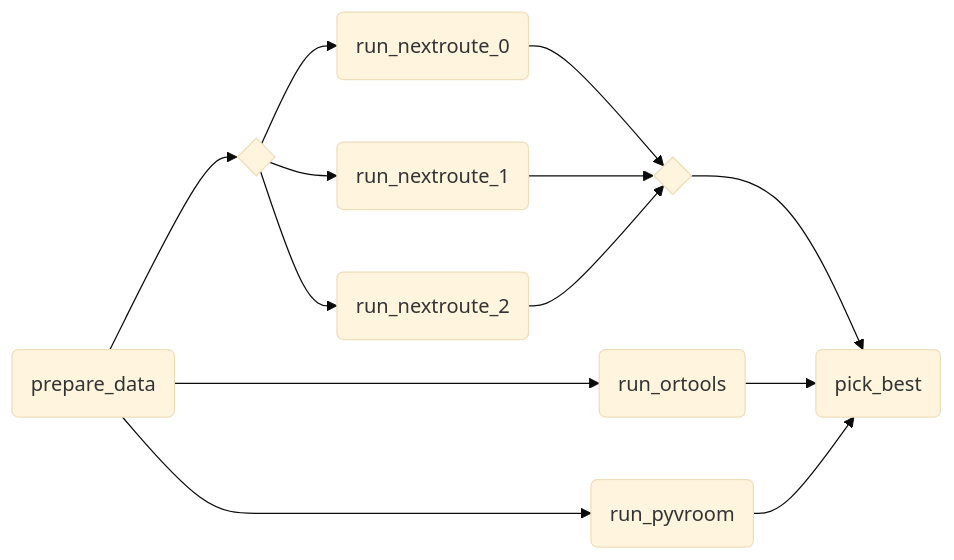
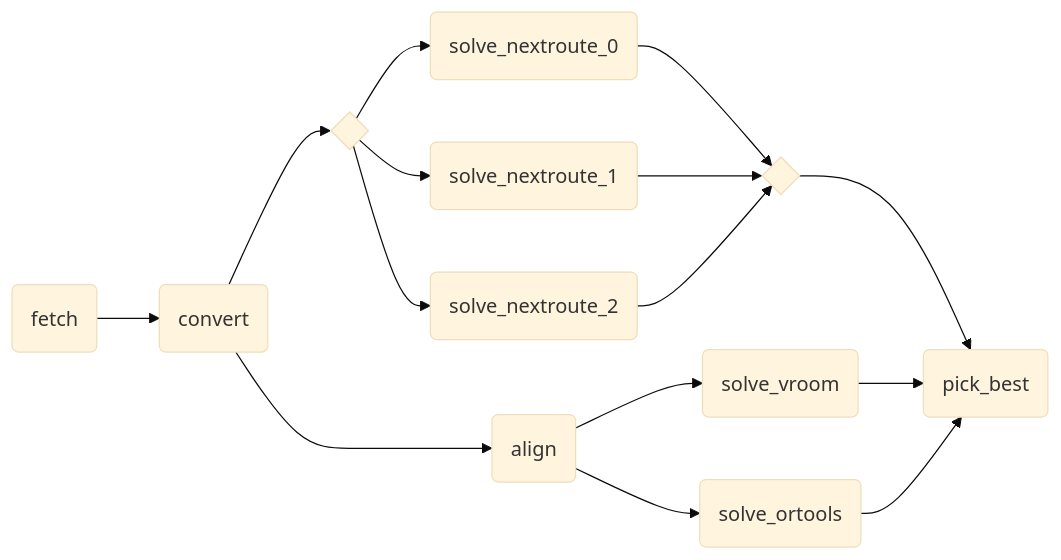
The diagram in docs/index.md (nextmv-io/nextpipe), drawn with Mermaid (base theme) before and after one commit. The commit also changed other lines of this file and 25 other files, not shown here.

````diff
--- a/docs/index.md
+++ b/docs/index.md
@@ -52,24 +376,28 @@
 ```mermaid
 graph LR
-  fetch_data(prepare_data)
-  fetch_data --> run_nextroute
-  fetch_data --> run_ortools
-  fetch_data --> run_pyvroom
-  run_nextroute{ }
-  run_nextroute_join{ }
-  run_nextroute_0(run_nextroute_0)
-  run_nextroute --> run_nextroute_0
-  run_nextroute_0 --> run_nextroute_join
-  run_nextroute_1(run_nextroute_1)
-  run_nextroute --> run_nextroute_1
-  run_nextroute_1 --> run_nextroute_join
-  run_nextroute_2(run_nextroute_2)
-  run_nextroute --> run_nextroute_2
-  run_nextroute_2 --> run_nextroute_join
-  run_nextroute_join --> pick_best
-  run_ortools(run_ortools)
-  run_ortools --> pick_best
-  run_pyvroom(run_pyvroom)
-  run_pyvroom --> pick_best
+  fetch(fetch)
+  fetch --> convert
+  convert(convert)
+  convert --> align
+  convert --> solve_nextroute
+  align(align)
+  align --> solve_vroom
+  align --> solve_ortools
+  solve_nextroute{ }
+  solve_nextroute_join{ }
+  solve_nextroute_0(solve_nextroute_0)
+  solve_nextroute --> solve_nextroute_0
+  solve_nextroute_0 --> solve_nextroute_join
+  solve_nextroute_1(solve_nextroute_1)
+  solve_nextroute --> solve_nextroute_1
+  solve_nextroute_1 --> solve_nextroute_join
+  solve_nextroute_2(solve_nextroute_2)
+  solve_nextroute --> solve_nextroute_2
+  solve_nextroute_2 --> solve_nextroute_join
+  solve_nextroute_join --> pick_best
+  solve_vroom(solve_vroom)
+  solve_vroom --> pick_best
+  solve_ortools(solve_ortools)
+  solve_ortools --> pick_best
   pick_best(pick_best)
 ```
````
